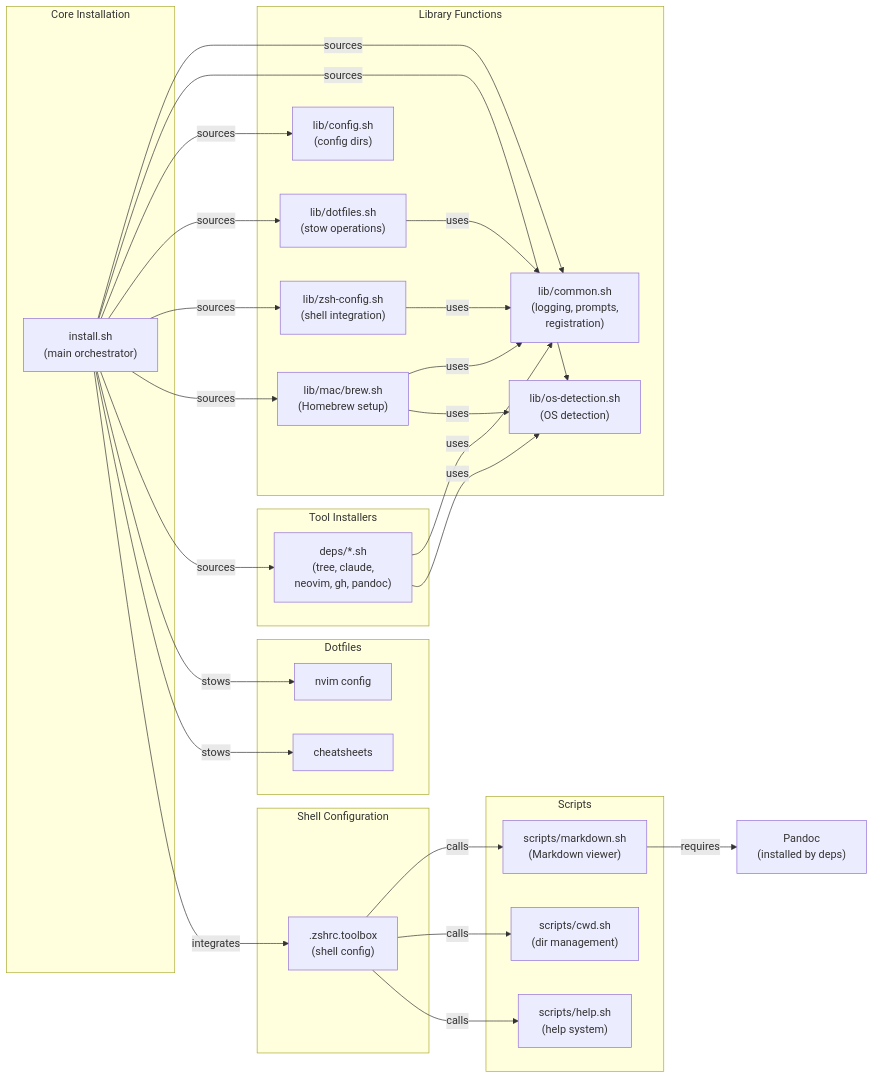
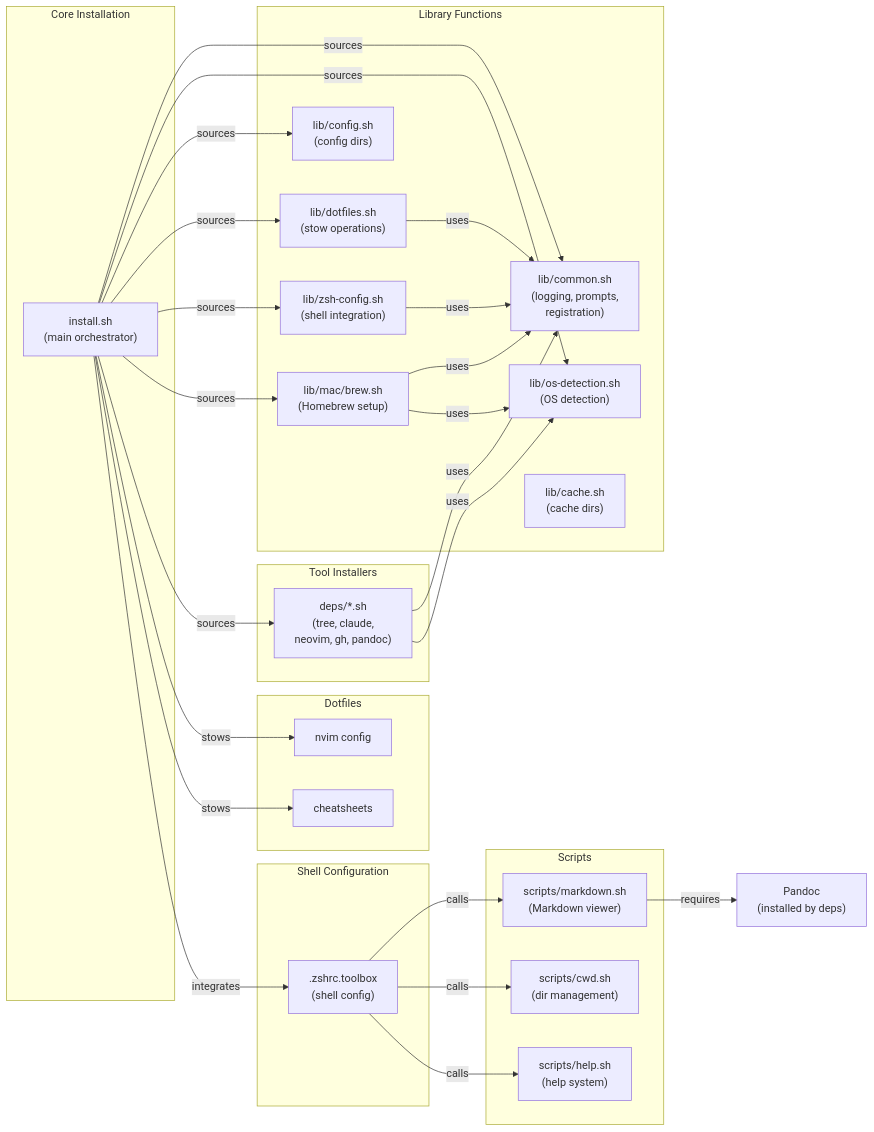
One commit to HaywardMorihara/toolbox changed the diagram in README.md. Above: the diagram before and after it, drawn with Mermaid. The commit also changed other lines of this file and 2 other files, not shown here.

First line of the commit message:
Add cache directory support (XDG specification)

````diff
--- a/README.md
+++ b/README.md
@@ -63,59 +64,60 @@
 ```mermaid
 graph LR
     subgraph "Core Installation"
         install["install.sh<br/>(main orchestrator)"]
     end
 
     subgraph "Library Functions"
         common["lib/common.sh<br/>(logging, prompts,<br/>registration)"]
         osdetect["lib/os-detection.sh<br/>(OS detection)"]
         config["lib/config.sh<br/>(config dirs)"]
+        cache["lib/cache.sh<br/>(cache dirs)"]
         dotfiles["lib/dotfiles.sh<br/>(stow operations)"]
         zshconf["lib/zsh-config.sh<br/>(shell integration)"]
         brew["lib/mac/brew.sh<br/>(Homebrew setup)"]
     end
 
     subgraph "Tool Installers"
         deps["deps/*.sh<br/>(tree, claude,<br/>neovim, gh, pandoc)"]
     end
 
     subgraph "Shell Configuration"
         zshrc[".zshrc.toolbox<br/>(shell config)"]
     end
 
     subgraph "Scripts"
         markdown["scripts/markdown.sh<br/>(Markdown viewer)"]
         cwd["scripts/cwd.sh<br/>(dir management)"]
         help["scripts/help.sh<br/>(help system)"]
     end
 
     subgraph "Dotfiles"
         nvim["nvim config"]
         cheatsheets["cheatsheets"]
     end
 
     install -->|sources| common
     install -->|sources| osdetect
     install -->|sources| config
     install -->|sources| dotfiles
     install -->|sources| zshconf
     install -->|sources| brew
     install -->|sources| deps
 
     brew -->|uses| common
     brew -->|uses| osdetect
     deps -->|uses| common
     deps -->|uses| osdetect
     dotfiles -->|uses| common
     zshconf -->|uses| common
 
     zshrc -->|calls| markdown
     zshrc -->|calls| cwd
     zshrc -->|calls| help
 
     markdown -->|requires| pandoc["Pandoc<br/>(installed by deps)"]
 
     install -->|stows| nvim
     install -->|stows| cheatsheets
     install -->|integrates| zshrc
 ```
````
